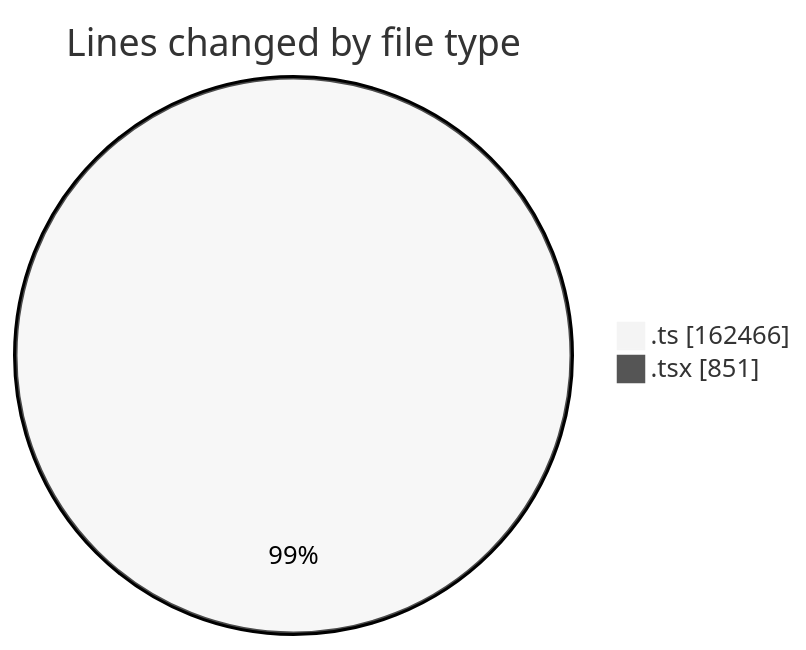
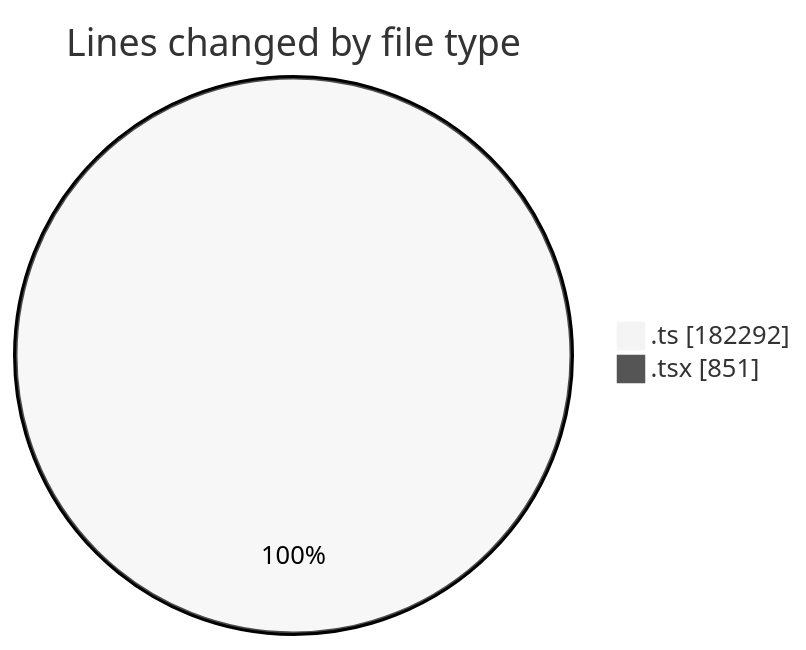
Before and after one commit to momahboobian/code-tracking: the first of 2 diagrams in 2025-08-22/cda/README.md, drawn with Mermaid (neutral theme). The commit also changed other lines of this file and 1 other file, not shown here.

````diff
--- a/2025-08-22/cda/README.md
+++ b/2025-08-22/cda/README.md
@@ -34,6 +34,6 @@
 ```mermaid
 pie showData
 title Lines changed by file type
-".ts" : 162466
+".ts" : 182292
 ".tsx" : 851
 ```
````
